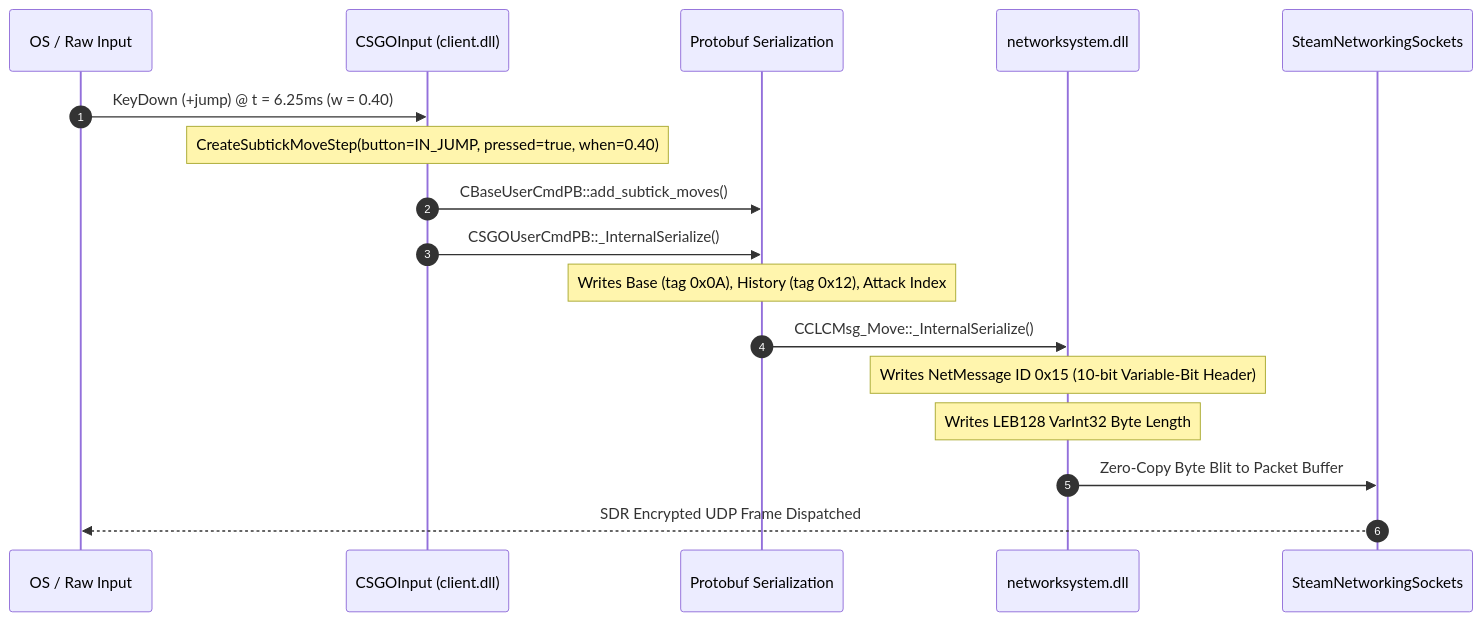
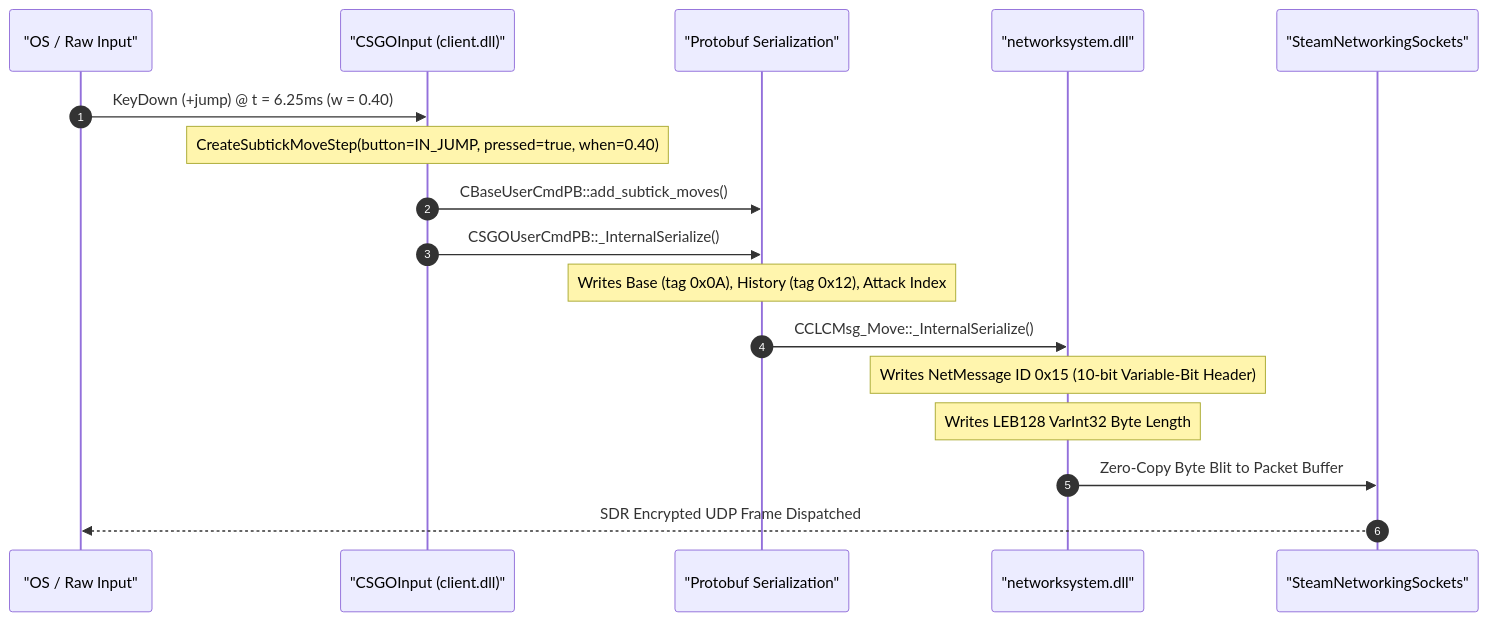
One commit to Hanzkii/cs2-reverse changed the third of 3 diagrams in docs/17_subtick_usercmd_wire_format.md. Above: the diagram before and after it, drawn with Mermaid. The commit also changed 17 other files, not shown here.

Commit message:
fix(docs): quote Mermaid sequence diagram participant labels across all documentation

````diff
--- a/docs/17_subtick_usercmd_wire_format.md
+++ b/docs/17_subtick_usercmd_wire_format.md
@@ -213,20 +213,20 @@
 ```mermaid
 sequenceDiagram
     autonumber
-    participant OS as OS / Raw Input
-    participant Input as CSGOInput (client.dll)
-    participant PB as Protobuf Serialization
-    participant Net as networksystem.dll
-    participant SDR as SteamNetworkingSockets
+    participant OS as "OS / Raw Input"
+    participant Input as "CSGOInput (client.dll)"
+    participant PB as "Protobuf Serialization"
+    participant Net as "networksystem.dll"
+    participant SDR as "SteamNetworkingSockets"
 
     OS->>Input: KeyDown (+jump) @ t = 6.25ms (w = 0.40)
     Note over Input: CreateSubtickMoveStep(button=IN_JUMP, pressed=true, when=0.40)
     Input->>PB: CBaseUserCmdPB::add_subtick_moves()
     Input->>PB: CSGOUserCmdPB::_InternalSerialize()
     Note over PB: Writes Base (tag 0x0A), History (tag 0x12), Attack Index
     PB->>Net: CCLCMsg_Move::_InternalSerialize()
     Note over Net: Writes NetMessage ID 0x15 (10-bit Variable-Bit Header)
     Note over Net: Writes LEB128 VarInt32 Byte Length
     Net->>SDR: Zero-Copy Byte Blit to Packet Buffer
     SDR-->>OS: SDR Encrypted UDP Frame Dispatched
 ```
````
